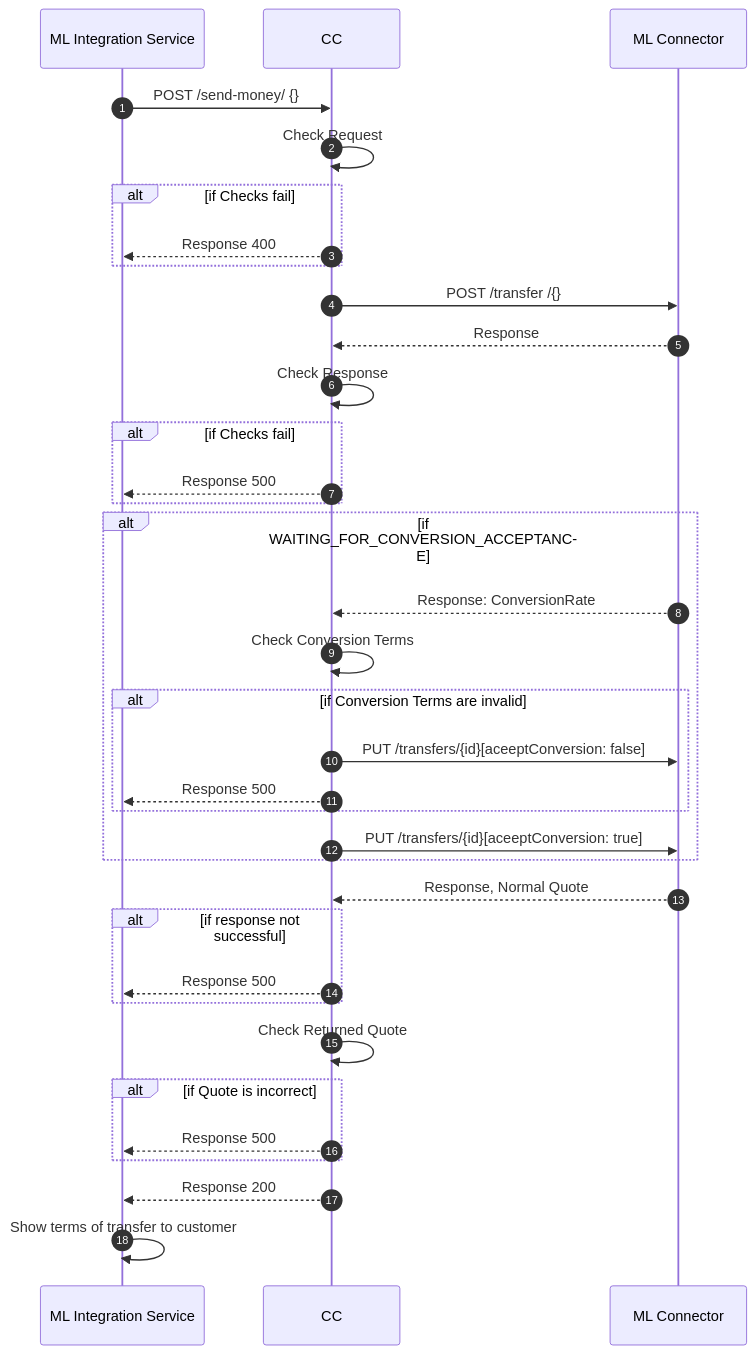
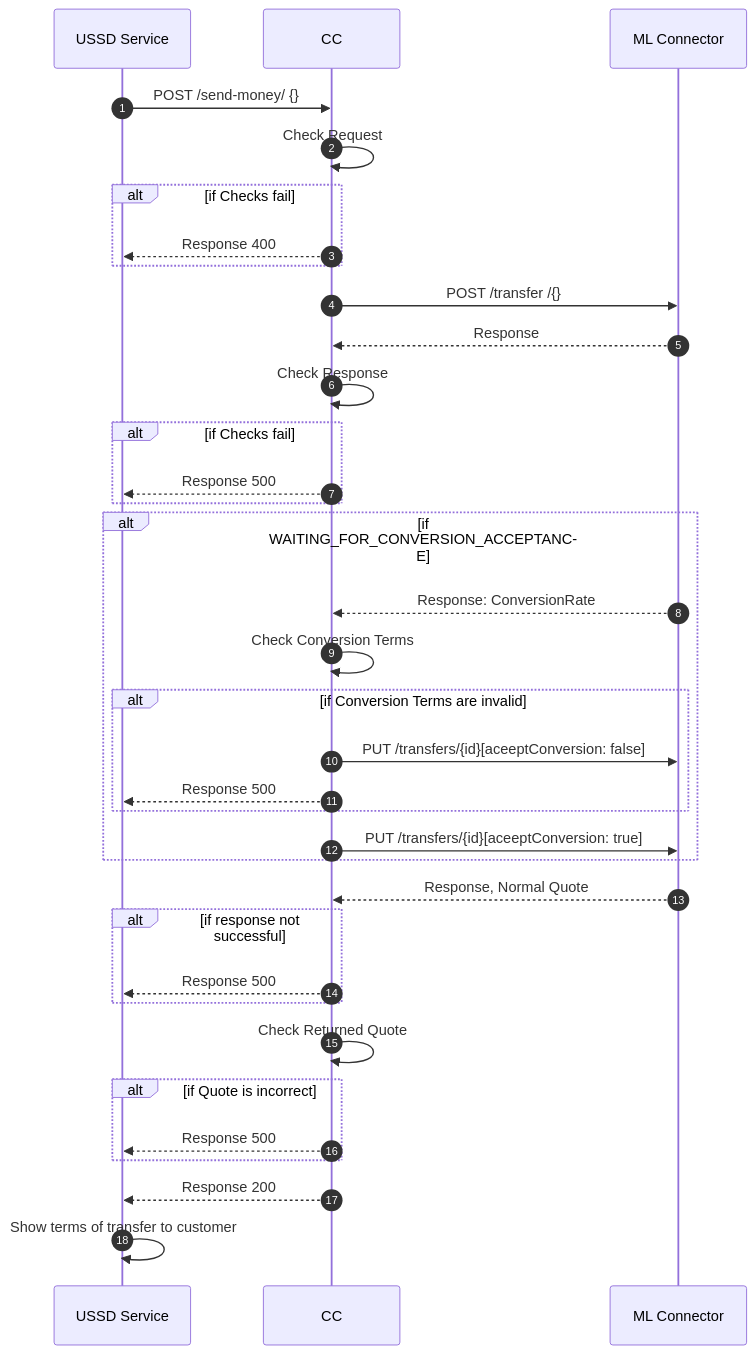
The diagram in mtn-zm-core-connector/docs/payer-send-money.md (mojaloop/ml-reference-connectors), drawn with Mermaid before and after one commit. The commit also changed other lines of this file and 4 other files, not shown here.

Commit message:
docs: updated send money flows and api spec

````diff
--- a/mtn-zm-core-connector/docs/payer-send-money.md
+++ b/mtn-zm-core-connector/docs/payer-send-money.md
@@ -2,35 +11,35 @@
 ```mermaid
 sequenceDiagram
   autoNumber
-  ML Integration Service->>CC: POST /send-money/ {}
+  USSD Service->>CC: POST /send-money/ {}
   CC->>CC: Check Request
   Alt if Checks fail
-  CC-->>ML Integration Service: Response 400
+  CC-->>USSD Service: Response 400
   End
   CC->>ML Connector: POST /transfer /{}
   ML Connector-->>CC: Response
   CC->> CC: Check Response
   Alt if Checks fail
-  CC-->>ML Integration Service: Response 500
+  CC-->>USSD Service: Response 500
   End
 
   Alt if WAITING_FOR_CONVERSION_ACCEPTANCE
   ML Connector-->>CC: Response: ConversionRate
   CC->>CC: Check Conversion Terms
   Alt if Conversion Terms are invalid
   CC->>ML Connector: PUT /transfers/{id}[aceeptConversion: false]
-  CC-->>ML Integration Service: Response 500
+  CC-->>USSD Service: Response 500
   End
   CC->>ML Connector: PUT /transfers/{id}[aceeptConversion: true]
   End
   ML Connector-->>CC:Response, Normal Quote
   Alt if response not successful
-  CC-->>ML Integration Service: Response 500
+  CC-->>USSD Service: Response 500
   End
   CC->>CC: Check Returned Quote
   Alt if Quote is incorrect
-  CC-->>ML Integration Service: Response 500
+  CC-->>USSD Service: Response 500
   End
-  CC-->>ML Integration Service: Response 200
-  ML Integration Service->>ML Integration Service:Show terms of transfer to customer
+  CC-->>USSD Service: Response 200
+  USSD Service->>USSD Service:Show terms of transfer to customer
 ```
````
